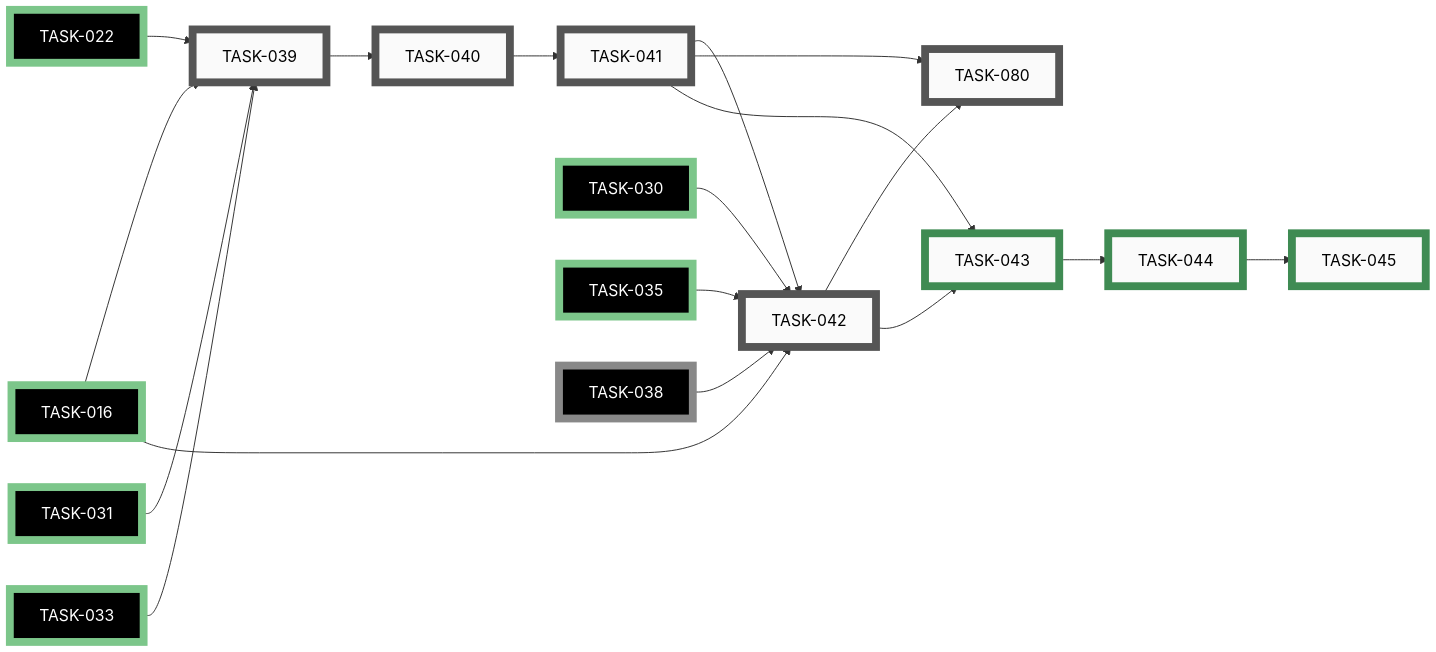
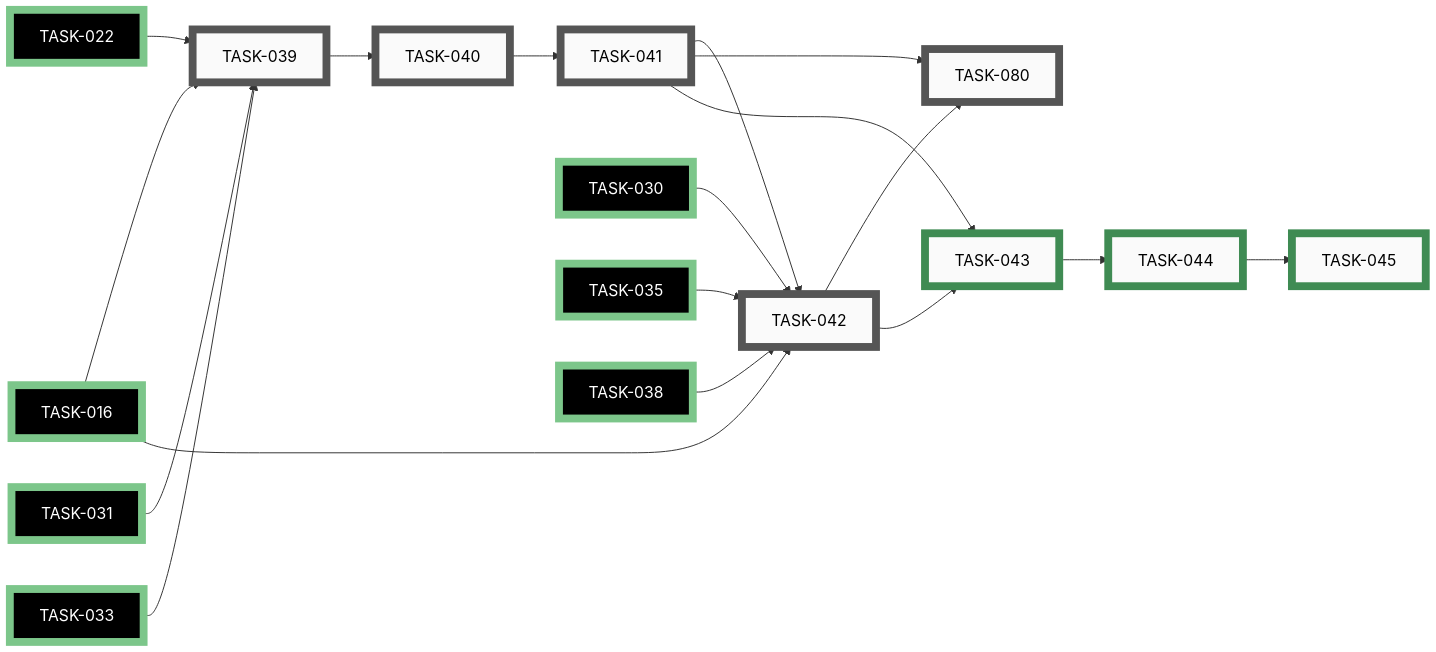
One commit to tgd1975/CircuitSmith changed the sixth of 11 diagrams in docs/developers/tasks/EPICS.md. Above: the diagram before and after it, drawn with Mermaid. The commit also changed other lines of this file and 19 other files, not shown here.

````diff
--- a/docs/developers/tasks/EPICS.md
+++ b/docs/developers/tasks/EPICS.md
@@ -351,58 +351,58 @@
 ```mermaid
 graph LR
     TASK_039["TASK-039"]:::open
     TASK_040["TASK-040"]:::open
     TASK_041["TASK-041"]:::open
     TASK_042["TASK-042"]:::open
     TASK_080["TASK-080"]:::open
     TASK_043["TASK-043"]:::closed
     TASK_044["TASK-044"]:::closed
     TASK_045["TASK-045"]:::closed
     TASK_016["TASK-016"]:::closedExt
     TASK_022["TASK-022"]:::closedExt
     TASK_030["TASK-030"]:::closedExt
     TASK_031["TASK-031"]:::closedExt
     TASK_033["TASK-033"]:::closedExt
     TASK_035["TASK-035"]:::closedExt
-    TASK_038["TASK-038"]:::openExt
+    TASK_038["TASK-038"]:::closedExt
     TASK_022 --> TASK_039
     TASK_031 --> TASK_039
     TASK_033 --> TASK_039
     TASK_016 --> TASK_039
     TASK_039 --> TASK_040
     TASK_040 --> TASK_041
     TASK_016 --> TASK_042
     TASK_030 --> TASK_042
     TASK_035 --> TASK_042
     TASK_038 --> TASK_042
     TASK_041 --> TASK_042
     TASK_041 --> TASK_080
     TASK_042 --> TASK_080
     TASK_041 --> TASK_043
     TASK_042 --> TASK_043
     TASK_043 --> TASK_044
     TASK_044 --> TASK_045
     click TASK_039 "open/task-039-write-skill-md-system-prompt.md"
     click TASK_040 "open/task-040-register-skill-in-vibe-config.md"
     click TASK_041 "open/task-041-run-five-acceptance-tests.md"
     click TASK_042 "open/task-042-finalise-skill-docs.md"
     click TASK_080 "open/task-080-publish-circuitsmith-to-pypi.md"
     click TASK_043 "closed/task-043-create-standalone-circuit-skill-repo.md"
     click TASK_044 "closed/task-044-extract-skill-commit-history.md"
     click TASK_045 "closed/task-045-replace-skill-dir-with-pinned-copy.md"
     click TASK_016 "closed/task-016-write-renderer-and-layout-docs.md"
     click TASK_022 "closed/task-022-implement-erc-engine.md"
     click TASK_030 "closed/task-030-write-erc-checks-reference-doc.md"
     click TASK_031 "closed/task-031-implement-bom-exporter.md"
     click TASK_033 "closed/task-033-implement-netlist-exporter.md"
     click TASK_035 "closed/task-035-extend-ci-and-docs-for-exporters.md"
-    click TASK_038 "open/task-038-update-pre-commit-hook-for-circuit-yml.md"
+    click TASK_038 "closed/task-038-update-pre-commit-hook-for-circuit-yml.md"
     classDef open    fill:#FAFAFA,stroke:#555,stroke-width:8px,color:#000
     classDef active  fill:#FAFAFA,stroke:#1A6FA8,stroke-width:8px,color:#000
     classDef closed  fill:#FAFAFA,stroke:#3F8B53,stroke-width:8px,color:#000
     classDef paused  fill:#FAFAFA,stroke:#B07810,stroke-width:8px,color:#000
     classDef openExt    fill:#000,stroke:#888,stroke-width:8px,color:#FFF
     classDef activeExt  fill:#000,stroke:#3FA9F5,stroke-width:8px,color:#FFF
     classDef closedExt  fill:#000,stroke:#7CC68A,stroke-width:8px,color:#FFF
     classDef pausedExt  fill:#000,stroke:#F0B030,stroke-width:8px,color:#FFF
 ```
````
